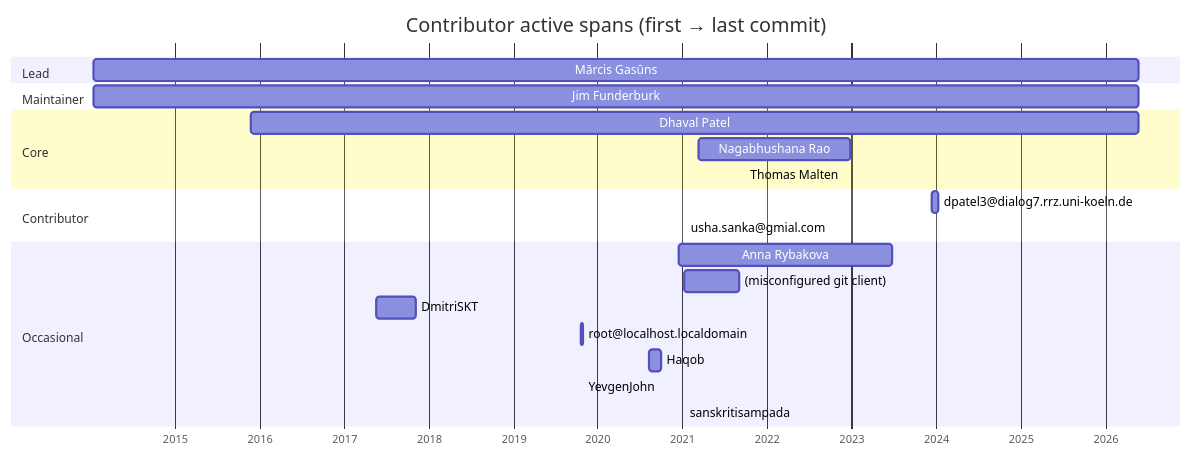
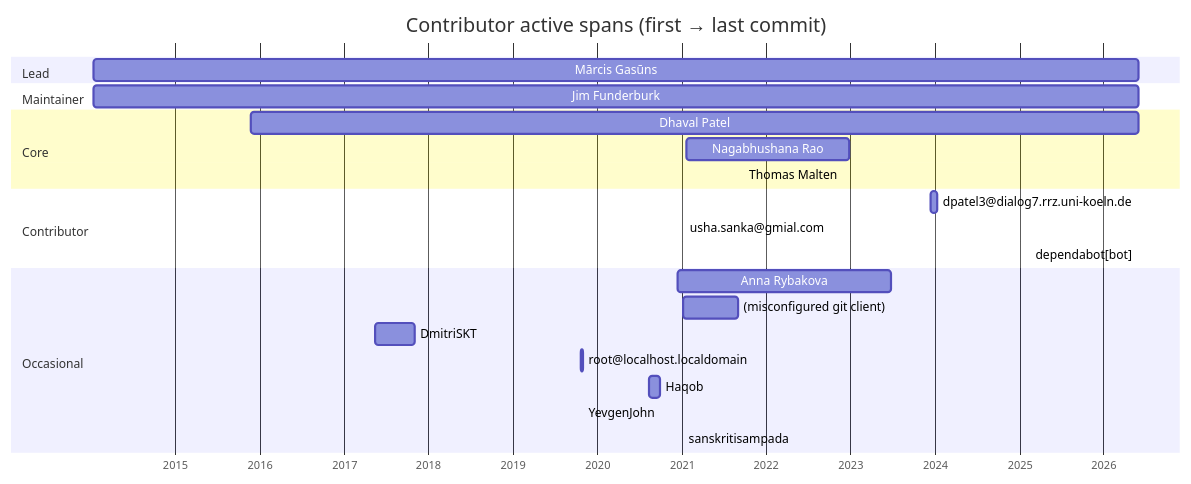
Before and after one commit to sanskrit-lexicon/csl-observatory: the diagram in reports/timeline.md, drawn with Mermaid. The commit also changed other lines of this file and 11 other files, not shown here.

````diff
--- a/reports/timeline.md
+++ b/reports/timeline.md
@@ -7,25 +7,26 @@
 ```mermaid
 gantt
     title Contributor active spans (first → last commit)
     dateFormat YYYY-MM-DD
     axisFormat %Y
     section Lead
-    Mārcis Gasūns :2014-01-14, 2026-05-25
+    Mārcis Gasūns :2014-01-14, 2026-05-31
     section Maintainer
-    Jim Funderburk :2014-01-15, 2026-05-24
+    Jim Funderburk :2014-01-15, 2026-06-01
     section Core
-    Dhaval Patel :2015-11-24, 2026-05-23
-    Nagabhushana Rao :2021-03-11, 2022-12-26
+    Dhaval Patel :2015-11-24, 2026-06-01
+    Nagabhushana Rao :2021-01-23, 2022-12-26
     Thomas Malten :2021-09-26, 2021-09-26
     section Contributor
     dpatel3@dialog7.rrz.uni-koeln.de :2023-12-15, 2024-01-12
     usha.sanka@gmial.com :2021-01-13, 2021-01-13
+    dependabot[bot] :2026-05-29, 2026-05-29
     section Occasional
     Anna Rybakova :2020-12-15, 2023-06-25
     (misconfigured git client) :2021-01-09, 2021-09-03
     DmitriSKT :2017-05-18, 2017-11-05
     root@localhost.localdomain :2019-10-21, 2019-10-31
     Haqob :2020-08-11, 2020-09-30
     YevgenJohn :2019-10-31, 2019-10-31
     sanskritisampada :2021-01-10, 2021-01-10
 ```
````
